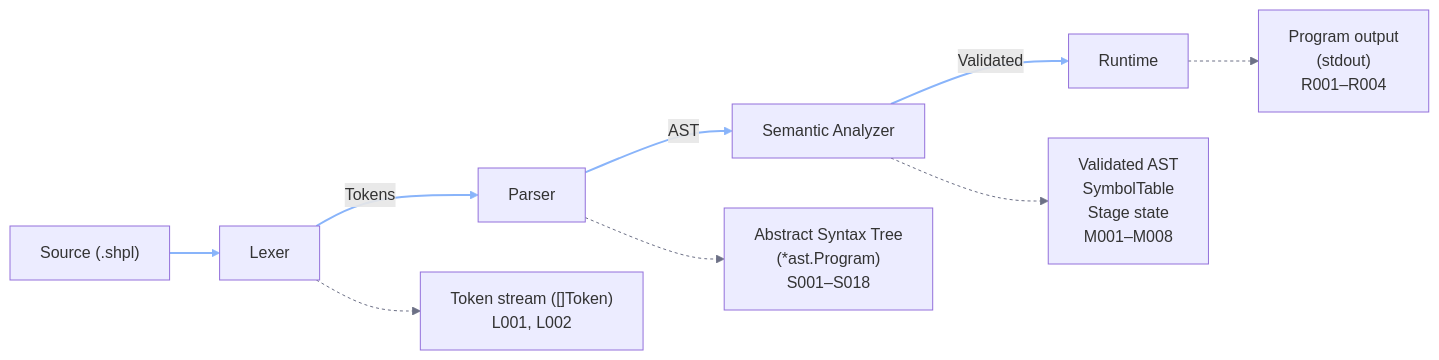
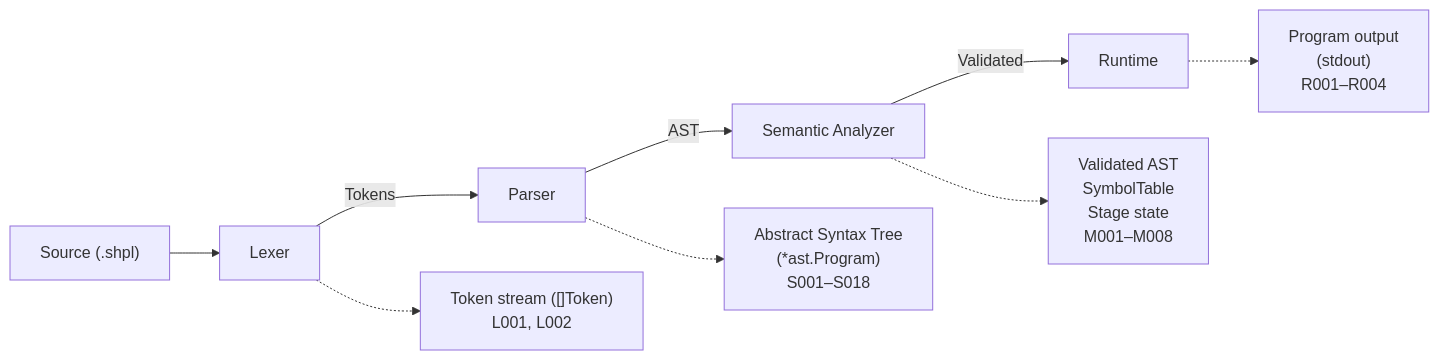
The first of 2 diagrams in docs/architecture/overview.md (lorenzobandini/shakespeare-interpreter-go), drawn with Mermaid before and after one commit. The commit also changed other lines of this file and 13 other files, not shown here.

````diff
--- a/docs/architecture/overview.md
+++ b/docs/architecture/overview.md
@@ -5,32 +5,29 @@
 ```mermaid
 graph LR
   Source["Source (.shpl)"]
   Lexer
   Parser
   Semantic["Semantic Analyzer"]
   Runtime
   Tokens["Token stream ([]Token)
           L001, L002"]
   AST["Abstract Syntax Tree
        (*ast.Program)
        S001–S018"]
   Validated["Validated AST
              SymbolTable
              Stage state
              M001–M008"]
   Output["Program output
           (stdout)
           R001–R004"]
 
   Source --> Lexer
   Lexer -->|Tokens| Parser
   Parser -->|AST| Semantic
   Semantic -->|Validated| Runtime
   Lexer -.-> Tokens
   Parser -.-> AST
   Semantic -.-> Validated
   Runtime -.-> Output
-
-  linkStyle 0,1,2,3 stroke:#89b4fa,stroke-width:2px
-  linkStyle 4,5,6,7 stroke:#6c7086,stroke-width:1px,stroke-dasharray:3
 ```
````
